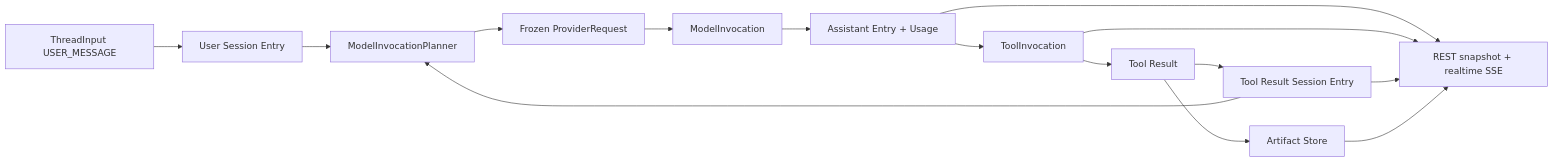
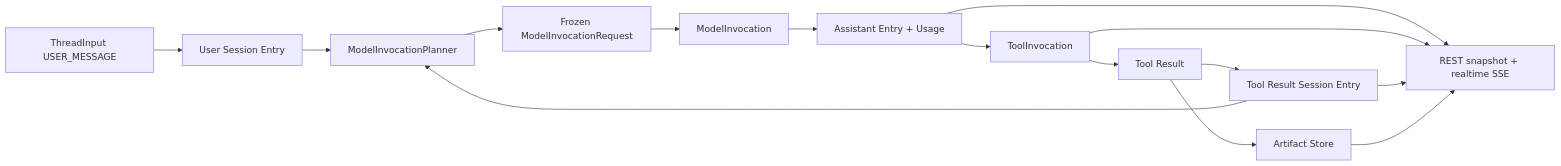
The diagram in docs/technical-solution/prompt-to-artifact.md (fengwk/kk-studio), drawn with Mermaid before and after one commit. The commit also changed other lines of this file and 14 other files, not shown here.

````diff
--- a/docs/technical-solution/prompt-to-artifact.md
+++ b/docs/technical-solution/prompt-to-artifact.md
@@ -7,22 +7,22 @@
 ```mermaid
 flowchart LR
     Input[ThreadInput USER_MESSAGE]
     Entry[User Session Entry]
     Plan[ModelInvocationPlanner]
-    Provider[Frozen ProviderRequest]
+    Provider[Frozen ModelInvocationRequest]
     MI[ModelInvocation]
     Assistant[Assistant Entry + Usage]
     Invocation[ToolInvocation]
     Result[Tool Result]
     Artifact[Artifact Store]
     ToolEntry[Tool Result Session Entry]
     UI[REST snapshot + realtime SSE]
 
     Input --> Entry --> Plan --> Provider --> MI --> Assistant --> Invocation --> Result
     Result --> Artifact
     Result --> ToolEntry --> Plan
     Assistant --> UI
     Invocation --> UI
     ToolEntry --> UI
     Artifact --> UI
 ```
````
